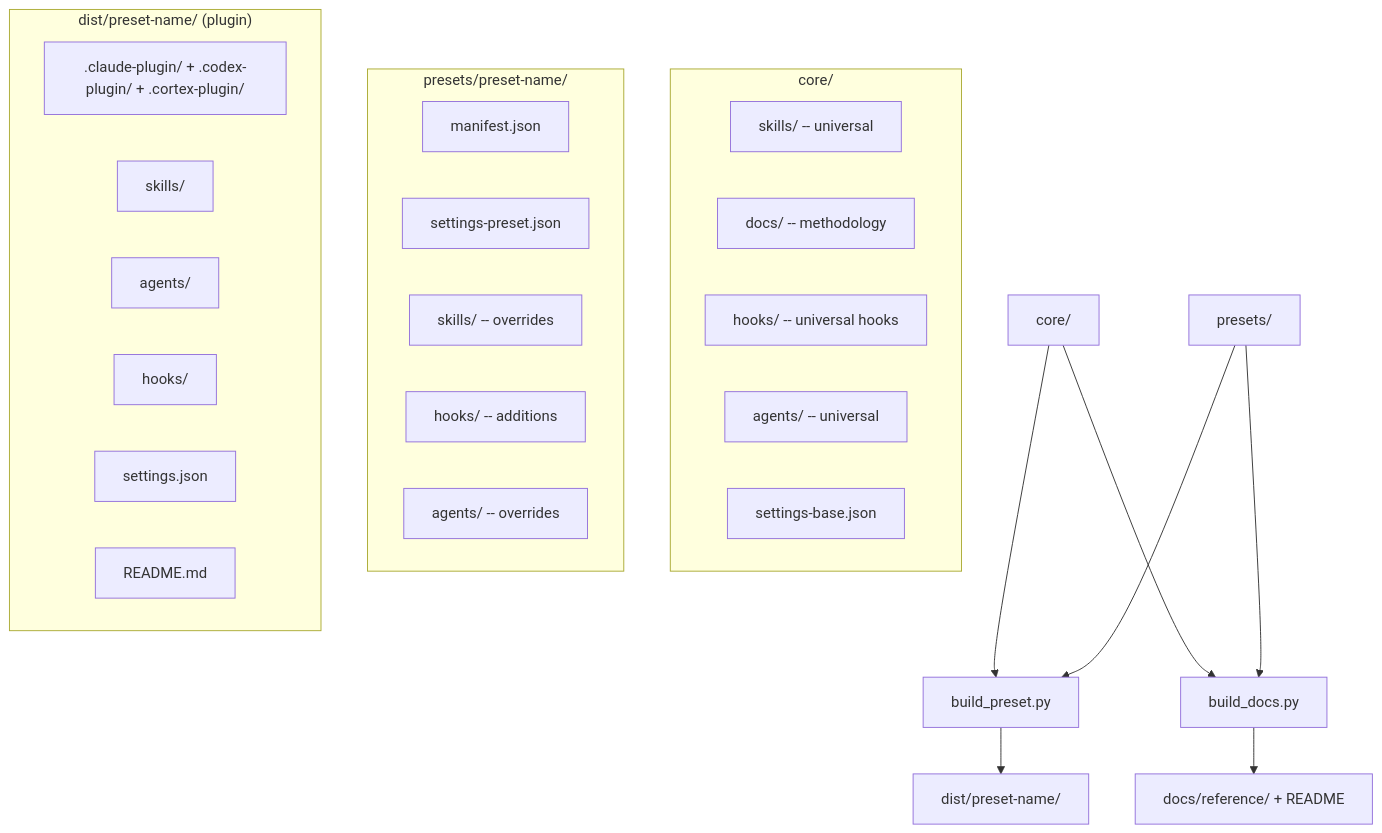
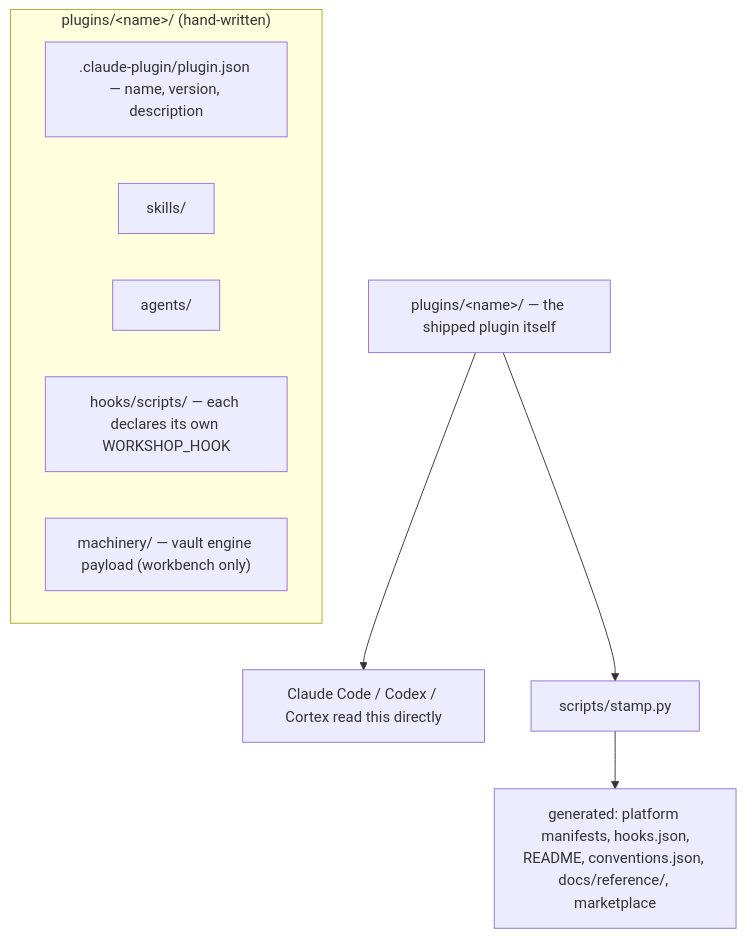
The second of 3 diagrams in README.md (cdcoonce/the-workshop), drawn with Mermaid before and after one commit. The commit also changed other lines of this file, not shown here.

````diff
--- a/README.md
+++ b/README.md
@@ -417,35 +417,14 @@
 ```mermaid
 graph TD
-    CORE[core/] --> BUILD[build_preset.py]
-    PRESETS[presets/] --> BUILD
-    BUILD --> DIST[dist/preset-name/]
+    SRC["plugins/&lt;name&gt;/ — the shipped plugin itself"] --> PLATFORMS[Claude Code / Codex / Cortex read this directly]
+    SRC --> STAMP[scripts/stamp.py]
+    STAMP --> GEN["generated: platform manifests, hooks.json,<br/>README, conventions.json, docs/reference/, marketplace"]
 
-    CORE --> DOCS[build_docs.py]
-    PRESETS --> DOCS
-    DOCS --> REF[docs/reference/ + README]
-
-    subgraph "core/"
-        SKILLS_CORE[skills/ -- universal]
-        DOCS_CORE[docs/ -- methodology]
-        HOOKS_CORE[hooks/ -- universal hooks]
-        AGENTS_CORE[agents/ -- universal]
-        BASE_JSON[settings-base.json]
-    end
-
-    subgraph "presets/preset-name/"
-        MANIFEST[manifest.json]
-        PRESET_JSON[settings-preset.json]
-        SKILLS_PRESET[skills/ -- overrides]
-        HOOKS_PRESET[hooks/ -- additions]
-        AGENTS_PRESET[agents/ -- overrides]
-    end
-
-    subgraph "dist/preset-name/ (plugin)"
-        OUT_PLUGIN[".claude-plugin/ + .codex-plugin/ + .cortex-plugin/"]
-        OUT_SKILLS[skills/]
-        OUT_AGENTS[agents/]
-        OUT_HOOKS[hooks/]
-        OUT_SETTINGS[settings.json]
-        OUT_README[README.md]
+    subgraph "plugins/&lt;name&gt;/ (hand-written)"
+        MANIFEST[".claude-plugin/plugin.json — name, version, description"]
+        SKILLS[skills/]
+        AGENTS[agents/]
+        HOOKS["hooks/scripts/ — each declares its own WORKSHOP_HOOK"]
+        MACHINERY["machinery/ — vault engine payload (workbench only)"]
     end
 ```
````
